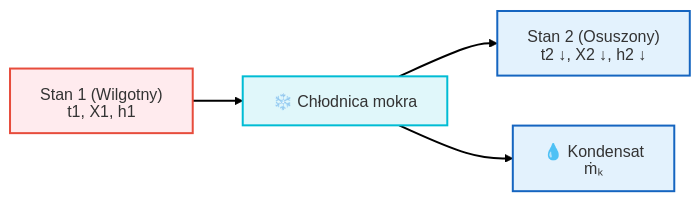
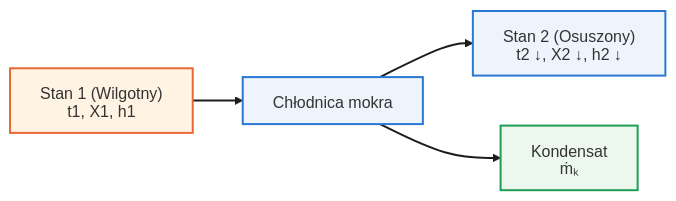
Before and after one commit to moondec/Termodynamika: the third of 3 diagrams in Wyklady/13_Klimatyzacja.qmd, drawn with Mermaid. The commit also changed other lines of this file and 229 other files, not shown here.

````diff
--- a/Wyklady/13_Klimatyzacja.qmd
+++ b/Wyklady/13_Klimatyzacja.qmd
@@ -207,13 +218,12 @@
 ```{mermaid}
 %%| fig-align: center
 %%{init: {'theme': 'default', 'htmlLabels': false, 'flowchart': {'htmlLabels': false, 'wrappingWidth': 400, 'subGraphTitleMargin': {'top': 6, 'bottom': 16}}, 'themeVariables': {'fontSize': '16px', 'fontFamily': 'Arial, Helvetica, sans-serif'}}}%%
-
 flowchart LR
-    A["Stan 1 (Wilgotny)<br>t1, X1, h1"] --> CH["❄️ Chłodnica mokra"] --> B["Stan 2 (Osuszony)<br>t2 ↓, X2 ↓, h2 ↓"]
-    CH --> K["💧 Kondensat<br>ṁₖ"]
-    style A fill:#ffebee,stroke:#e74c3c,stroke-width:2px
-    style CH fill:#e0f7fa,stroke:#00bcd4,stroke-width:2px
-    style B fill:#e3f2fd,stroke:#1565c0,stroke-width:2px
-    style K fill:#e3f2fd,stroke:#1565c0,stroke-width:2px
-    linkStyle default stroke-width:2px,fill:none,stroke:black
+    A["Stan 1 (Wilgotny)<br>t1, X1, h1"] --> CH["Chłodnica mokra"] --> B["Stan 2 (Osuszony)<br>t2 ↓, X2 ↓, h2 ↓"]
+    CH --> K["Kondensat<br>ṁₖ"]
+    style A fill:#fff4e3,stroke:#eb6834,stroke-width:2px
+    style CH fill:#eef4fb,stroke:#2a78d6,stroke-width:2px
+    style B fill:#eef4fb,stroke:#2a78d6,stroke-width:2px
+    style K fill:#ecf7ee,stroke:#1f9d55,stroke-width:2px
+    linkStyle default stroke-width:2px,fill:none,stroke:#1d1d1b
 ```
````
